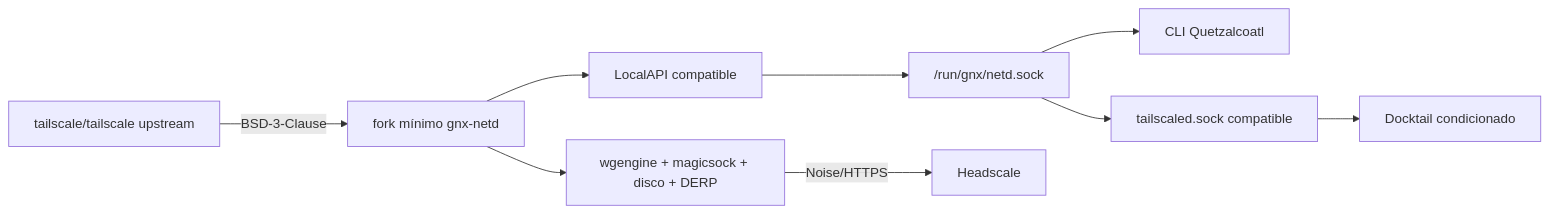
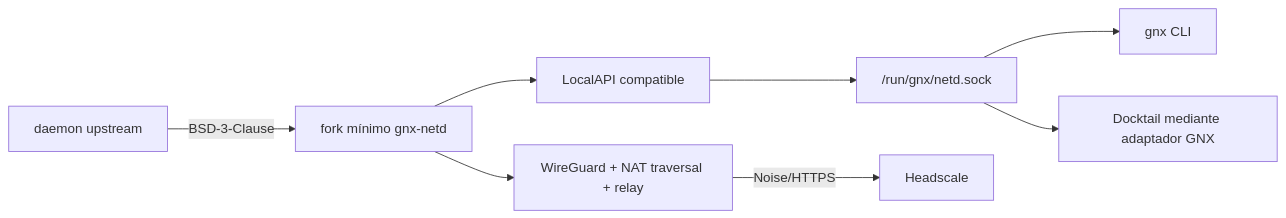
One commit to mayas-alas/quetzalcoatl changed the diagram in docs/decisions/0001-network-daemon.md. Above: the diagram before and after it, drawn with Mermaid. The commit also changed other lines of this file and 3 other files, not shown here.

````diff
--- a/docs/decisions/0001-network-daemon.md
+++ b/docs/decisions/0001-network-daemon.md
@@ -13,11 +13,10 @@
 ```mermaid
 flowchart LR
-    UP["tailscale/tailscale upstream"] -->|"BSD-3-Clause"| FORK["fork mínimo gnx-netd"]
-    FORK --> ENG["wgengine + magicsock + disco + DERP"]
+    UP["daemon upstream"] -->|"BSD-3-Clause"| FORK["fork mínimo gnx-netd"]
+    FORK --> ENG["WireGuard + NAT traversal + relay"]
     FORK --> API["LocalAPI compatible"]
     API --> SOCK["/run/gnx/netd.sock"]
-    SOCK --> CLI["CLI Quetzalcoatl"]
-    SOCK --> COMPAT["tailscaled.sock compatible"]
-    COMPAT --> DT["Docktail condicionado"]
+    SOCK --> CLI["gnx CLI"]
+    SOCK --> DT["Docktail mediante adaptador GNX"]
     ENG -->|"Noise/HTTPS"| HS["Headscale"]
 ```
````
